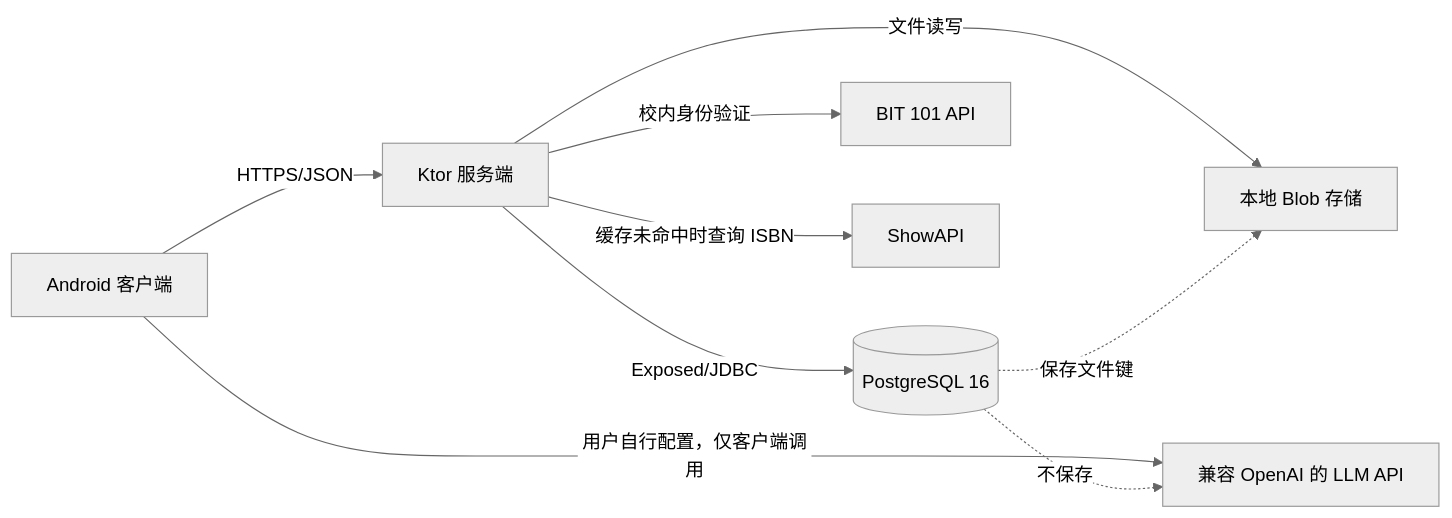
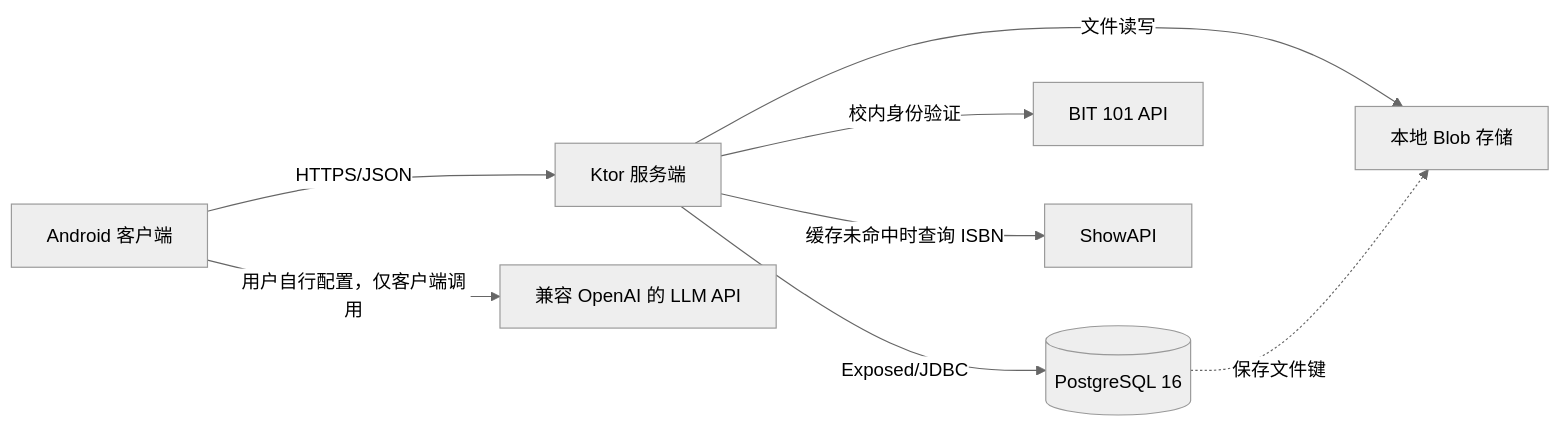
One commit to Joyce-Peng-GitHub/BitMart changed the first of 2 diagrams in docs/Design.md. Above: the diagram before and after it, drawn with Mermaid (neutral theme). The commit also changed other lines of this file and 1 other file, not shown here.

````diff
--- a/docs/Design.md
+++ b/docs/Design.md
@@ -27,12 +27,11 @@
 ```mermaid
 flowchart LR
     A["Android 客户端"] -->|HTTPS/JSON| S["Ktor 服务端"]
     S -->|Exposed/JDBC| P[("PostgreSQL 16")]
     S -->|文件读写| F["本地 Blob 存储"]
     S -->|校内身份验证| B["BIT 101 API"]
     S -->|缓存未命中时查询 ISBN| I["ShowAPI"]
     A -->|用户自行配置，仅客户端调用| L["兼容 OpenAI 的 LLM API"]
 
     P -.保存文件键.-> F
-    P -.不保存.-> L
 ```
````
